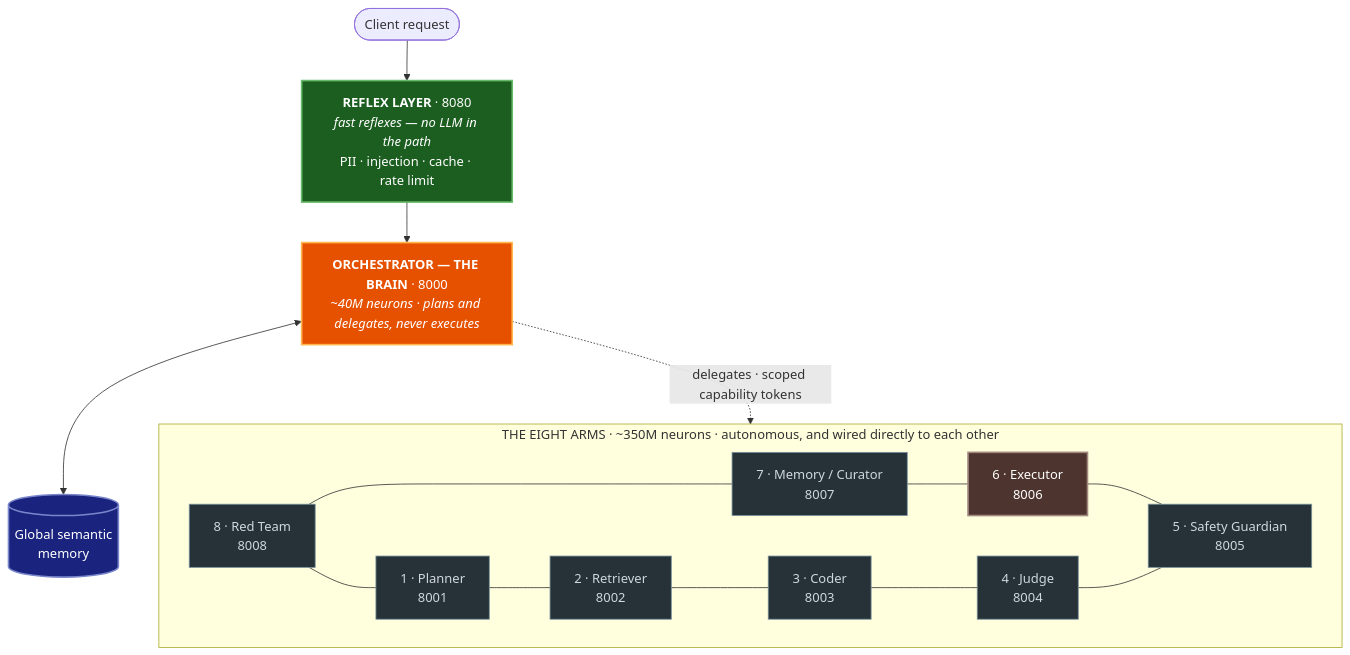
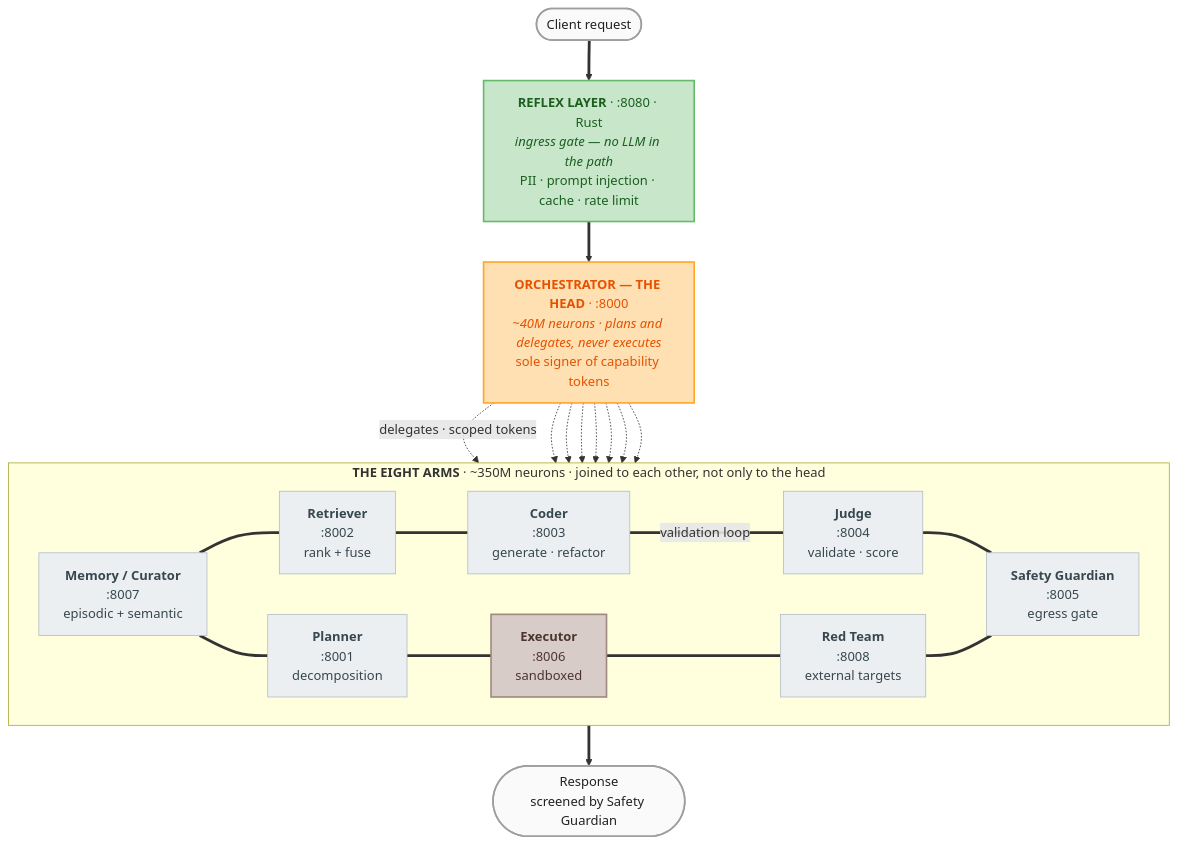
The diagram in README.md (doublegate/OctoLLM), drawn with Mermaid before and after one commit. The commit also changed other lines of this file, not shown here.

First line of the commit message:
docs: draw the architecture as an octopus -- head on top, tentacles to a ring

````diff
--- a/README.md
+++ b/README.md
@@ -39,32 +39,44 @@
 ```mermaid
 graph TB
-    CLIENT([Client request]) --> REF
+    REQ([Client request]) ==> REF
+    REF["<b>REFLEX LAYER</b> · :8080 · Rust<br/><i>ingress gate — no LLM in the path</i><br/>PII · prompt injection · cache · rate limit"]
+    REF ==> BRAIN
 
-    REF["<b>REFLEX LAYER</b> · 8080<br/><i>fast reflexes — no LLM in the path</i><br/>PII · injection · cache · rate limit"]
-    REF --> BRAIN
+    BRAIN["<b>ORCHESTRATOR — THE HEAD</b> · :8000<br/><i>~40M neurons · plans and delegates, never executes</i><br/>sole signer of capability tokens"]
 
-    BRAIN["<b>ORCHESTRATOR — THE BRAIN</b> · 8000<br/><i>~40M neurons · plans and delegates, never executes</i>"]
-    GMEM[("Global semantic<br/>memory")]
-    BRAIN <--> GMEM
-    BRAIN -.->|"delegates · scoped capability tokens"| RING
+    BRAIN -. "delegates · scoped tokens" .-> MEM
+    BRAIN -.-> RETR & CODE & JUDGE
+    BRAIN -.-> PLAN & EXEC & RED & SAFE
 
-    subgraph RING["THE EIGHT ARMS · ~350M neurons · autonomous, and wired directly to each other"]
+    subgraph RING["<b>THE EIGHT ARMS</b> · ~350M neurons · joined to each other, not only to the head"]
         direction LR
-        A1["1 · Planner<br/>8001"] --- A2["2 · Retriever<br/>8002"] --- A3["3 · Coder<br/>8003"] --- A4["4 · Judge<br/>8004"]
-        A8["8 · Red Team<br/>8008"] --- A7["7 · Memory / Curator<br/>8007"] --- A6["6 · Executor<br/>8006"] --- A5["5 · Safety Guardian<br/>8005"]
-        A4 --- A5
-        A8 --- A1
+        MEM["<b>Memory / Curator</b><br/>:8007<br/>episodic + semantic"]
+        RETR["<b>Retriever</b><br/>:8002<br/>rank + fuse"]
+        CODE["<b>Coder</b><br/>:8003<br/>generate · refactor"]
+        JUDGE["<b>Judge</b><br/>:8004<br/>validate · score"]
+        SAFE["<b>Safety Guardian</b><br/>:8005<br/>egress gate"]
+        RED["<b>Red Team</b><br/>:8008<br/>external targets"]
+        EXEC["<b>Executor</b><br/>:8006<br/>sandboxed"]
+        PLAN["<b>Planner</b><br/>:8001<br/>decomposition"]
+
+        MEM === PLAN === EXEC === RED
+        MEM === RETR === CODE
+        CODE == "validation loop" === JUDGE
+        JUDGE === SAFE
+        RED === SAFE
     end
 
-    classDef live fill:#1b5e20,stroke:#66bb6a,stroke-width:2px,color:#fff
-    classDef partial fill:#e65100,stroke:#ffb74d,stroke-width:2px,color:#fff
-    classDef stub fill:#4e342e,stroke:#a1887f,stroke-width:2px,color:#fff
-    classDef todo fill:#263238,stroke:#78909c,stroke-width:1px,color:#cfd8dc
-    classDef store fill:#1a237e,stroke:#7986cb,stroke-width:2px,color:#fff
+    RING ==> RESP([Response<br/>screened by Safety Guardian])
+
+    classDef live fill:#c8e6c9,stroke:#66bb6a,stroke-width:2px,color:#1b5e20
+    classDef partial fill:#ffe0b2,stroke:#ffa726,stroke-width:2px,color:#e65100
+    classDef stub fill:#d7ccc8,stroke:#a1887f,stroke-width:2px,color:#4e342e
+    classDef todo fill:#eceff1,stroke:#b0bec5,stroke-width:1px,color:#37474f
+    classDef io fill:#fafafa,stroke:#9e9e9e,stroke-width:2px,color:#212121
 
     class REF live
     class BRAIN partial
-    class A6 stub
-    class A1,A2,A3,A4,A5,A7,A8 todo
-    class GMEM store
+    class EXEC stub
+    class MEM,PLAN,RETR,CODE,JUDGE,SAFE,RED todo
+    class REQ,RESP io
 ```
````
